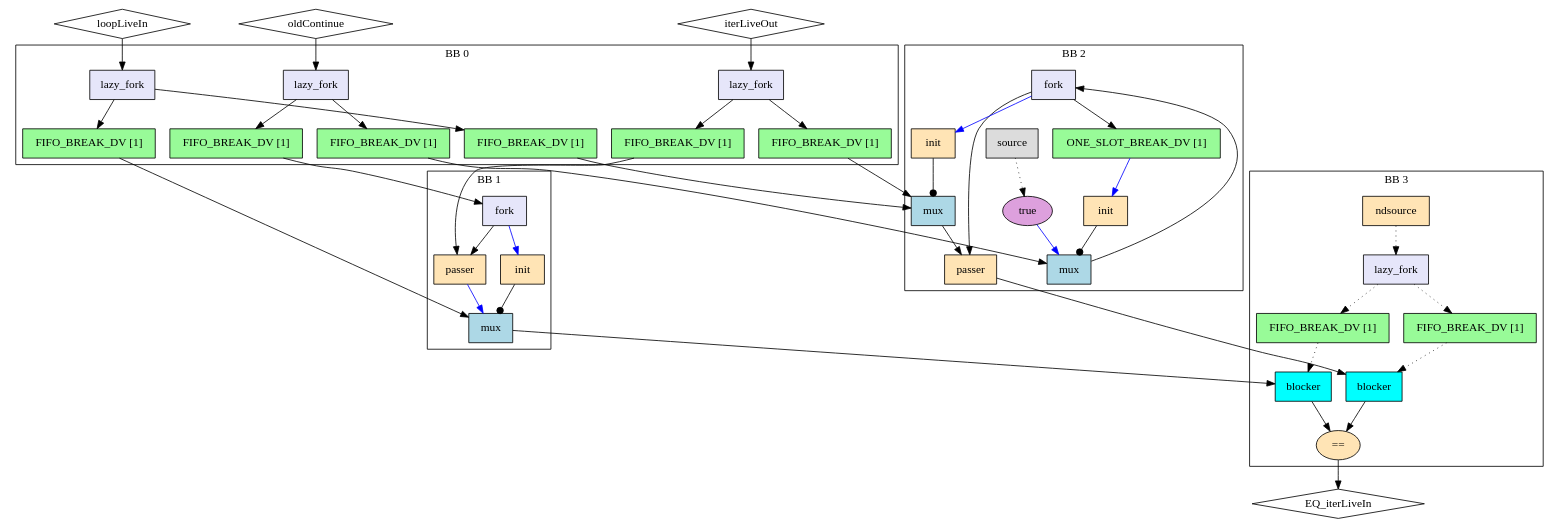
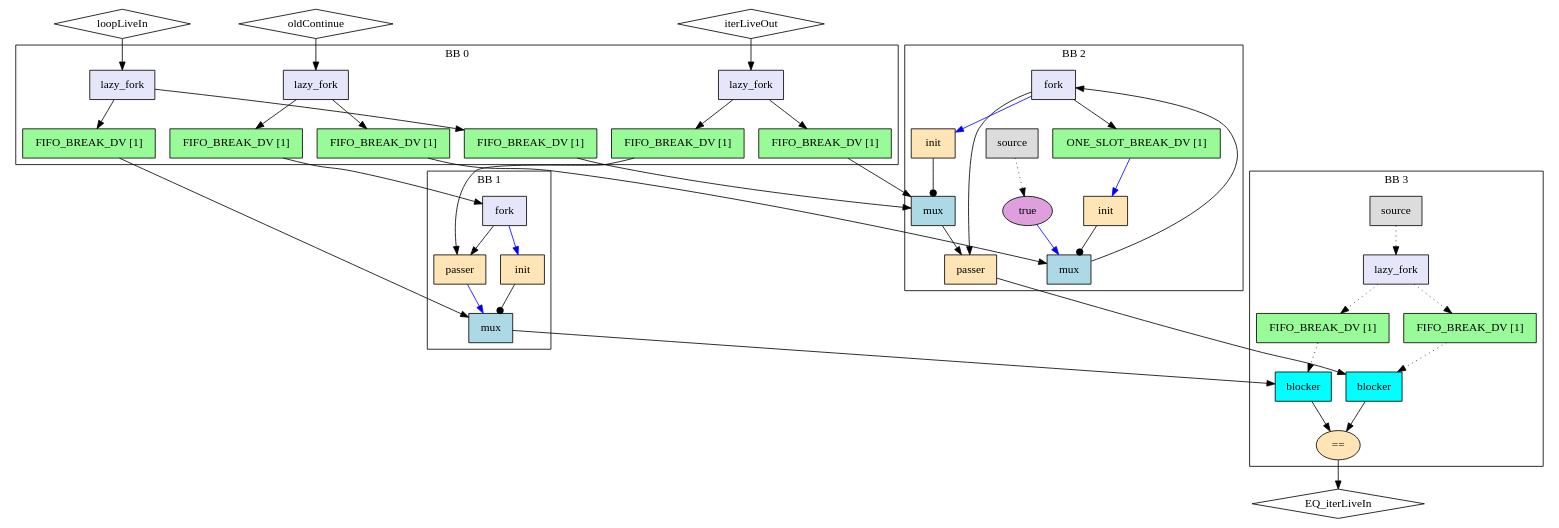
Before and after one commit to EPFL-LAP/dynamatic: the diagram in experimental/tools/elastic-miter/out/sup_mux/miter/model.dot, drawn with Graphviz. The commit also changed 415 other files, not shown here.

```diff
--- a/experimental/tools/elastic-miter/out/sup_mux/miter/model.dot
+++ b/experimental/tools/elastic-miter/out/sup_mux/miter/model.dot
@@ -1,88 +1,88 @@
 Digraph G {
   splines=spline
   compound=true
   "loopLiveIn" ["style"="solid", "shape"="diamond", "label"="loopLiveIn", "mlir_op"="handshake.func"]
   "iterLiveOut" ["style"="solid", "shape"="diamond", "label"="iterLiveOut", "mlir_op"="handshake.func"]
   "oldContinue" ["style"="solid", "shape"="diamond", "label"="oldContinue", "mlir_op"="handshake.func"]
   "EQ_iterLiveIn" ["style"="solid", "shape"="diamond", "label"="EQ_iterLiveIn", "mlir_op"="handshake.func"]
   "loopLiveIn" -> "in_fork_loopLiveIn" ["dir"="both", "style"="solid", "arrowhead"="normal", "from_idx"="0", "to"="ins", "arrowtail"="none", "from"="loopLiveIn", "to_idx"="0"]
   "iterLiveOut" -> "in_fork_iterLiveOut" ["dir"="both", "style"="solid", "arrowhead"="normal", "from_idx"="1", "to"="ins", "arrowtail"="none", "from"="iterLiveOut", "to_idx"="0"]
   "oldContinue" -> "in_fork_oldContinue" ["dir"="both", "style"="solid", "arrowhead"="normal", "from_idx"="2", "to"="ins", "arrowtail"="none", "from"="oldContinue", "to_idx"="0"]
   "lhs_in_buf_loopLiveIn" -> "lhs_data_mux" ["dir"="both", "style"="solid", "arrowhead"="normal", "from_idx"="0", "to"="ins_0", "arrowtail"="none", "from"="outs", "to_idx"="1"]
   "rhs_in_buf_loopLiveIn" -> "rhs_data_mux" ["dir"="both", "style"="solid", "arrowhead"="normal", "from_idx"="0", "to"="ins_0", "arrowtail"="none", "from"="outs", "to_idx"="1"]
   "lhs_in_buf_iterLiveOut" -> "lhs_passer" ["dir"="both", "style"="solid", "arrowhead"="normal", "from_idx"="0", "to"="data", "arrowtail"="none", "from"="outs", "to_idx"="0"]
   "rhs_in_buf_iterLiveOut" -> "rhs_data_mux" ["dir"="both", "style"="solid", "arrowhead"="normal", "from_idx"="0", "to"="ins_1", "arrowtail"="none", "from"="outs", "to_idx"="2"]
   "lhs_in_buf_oldContinue" -> "lhs_fork_continue" ["dir"="both", "style"="solid", "arrowhead"="normal", "from_idx"="0", "to"="ins", "arrowtail"="none", "from"="outs", "to_idx"="0"]
   "rhs_in_buf_oldContinue" -> "rhs_ctrl_mux" ["dir"="both", "style"="solid", "arrowhead"="normal", "from_idx"="0", "to"="ins_1", "arrowtail"="none", "from"="outs", "to_idx"="2"]
   "out_eq_iterLiveIn" -> "EQ_iterLiveIn" ["dir"="both", "style"="solid", "arrowhead"="normal", "from_idx"="0", "to"="EQ_iterLiveIn", "arrowtail"="none", "from"="result", "to_idx"="0"]
   "lhs_data_mux" -> "lhs_out_bl_iterLiveIn" ["dir"="both", "style"="solid", "arrowhead"="normal", "from_idx"="0", "to"="ins", "arrowtail"="none", "from"="outs", "to_idx"="0"]
   "rhs_passer" -> "rhs_out_bl_iterLiveIn" ["dir"="both", "style"="solid", "arrowhead"="normal", "from_idx"="0", "to"="ins", "arrowtail"="none", "from"="result", "to_idx"="0"]
   subgraph cluster0 {
     graph ["label"="BB 0"]
     "in_fork_loopLiveIn" ["style"="filled", "fillcolor"="lavender", "shape"="box", "label"="lazy_fork", "mlir_op"="handshake.lazy_fork"]
     "lhs_in_buf_loopLiveIn" ["style"="filled", "fillcolor"="palegreen", "shape"="box", "label"="FIFO_BREAK_DV [1]", "mlir_op"="handshake.buffer"]
     "rhs_in_buf_loopLiveIn" ["style"="filled", "fillcolor"="palegreen", "shape"="box", "label"="FIFO_BREAK_DV [1]", "mlir_op"="handshake.buffer"]
     "in_fork_iterLiveOut" ["style"="filled", "fillcolor"="lavender", "shape"="box", "label"="lazy_fork", "mlir_op"="handshake.lazy_fork"]
     "lhs_in_buf_iterLiveOut" ["style"="filled", "fillcolor"="palegreen", "shape"="box", "label"="FIFO_BREAK_DV [1]", "mlir_op"="handshake.buffer"]
     "rhs_in_buf_iterLiveOut" ["style"="filled", "fillcolor"="palegreen", "shape"="box", "label"="FIFO_BREAK_DV [1]", "mlir_op"="handshake.buffer"]
     "in_fork_oldContinue" ["style"="filled", "fillcolor"="lavender", "shape"="box", "label"="lazy_fork", "mlir_op"="handshake.lazy_fork"]
     "lhs_in_buf_oldContinue" ["style"="filled", "fillcolor"="palegreen", "shape"="box", "label"="FIFO_BREAK_DV [1]", "mlir_op"="handshake.buffer"]
     "rhs_in_buf_oldContinue" ["style"="filled", "fillcolor"="palegreen", "shape"="box", "label"="FIFO_BREAK_DV [1]", "mlir_op"="handshake.buffer"]
     "in_fork_loopLiveIn" -> "lhs_in_buf_loopLiveIn" ["dir"="both", "style"="solid", "arrowhead"="normal", "from_idx"="0", "to"="ins", "arrowtail"="none", "from"="outs_0", "to_idx"="0"]
     "in_fork_loopLiveIn" -> "rhs_in_buf_loopLiveIn" ["dir"="both", "style"="solid", "arrowhead"="normal", "from_idx"="1", "to"="ins", "arrowtail"="none", "from"="outs_1", "to_idx"="0"]
     "in_fork_iterLiveOut" -> "lhs_in_buf_iterLiveOut" ["dir"="both", "style"="solid", "arrowhead"="normal", "from_idx"="0", "to"="ins", "arrowtail"="none", "from"="outs_0", "to_idx"="0"]
     "in_fork_iterLiveOut" -> "rhs_in_buf_iterLiveOut" ["dir"="both", "style"="solid", "arrowhead"="normal", "from_idx"="1", "to"="ins", "arrowtail"="none", "from"="outs_1", "to_idx"="0"]
     "in_fork_oldContinue" -> "lhs_in_buf_oldContinue" ["dir"="both", "style"="solid", "arrowhead"="normal", "from_idx"="0", "to"="ins", "arrowtail"="none", "from"="outs_0", "to_idx"="0"]
     "in_fork_oldContinue" -> "rhs_in_buf_oldContinue" ["dir"="both", "style"="solid", "arrowhead"="normal", "from_idx"="1", "to"="ins", "arrowtail"="none", "from"="outs_1", "to_idx"="0"]
   }
   subgraph cluster3 {
     graph ["label"="BB 3"]
-    "out_nds_iterLiveIn" ["style"="filled", "fillcolor"="moccasin", "shape"="box", "label"="ndsource", "mlir_op"="handshake.ndsource"]
+    "out_src_iterLiveIn" ["style"="filled", "fillcolor"="gainsboro", "shape"="box", "label"="source", "mlir_op"="handshake.source"]
     "out_lf_iterLiveIn" ["style"="filled", "fillcolor"="lavender", "shape"="box", "label"="lazy_fork", "mlir_op"="handshake.lazy_fork"]
     "out_buf_lhs_nds_iterLiveIn" ["style"="filled", "fillcolor"="palegreen", "shape"="box", "label"="FIFO_BREAK_DV [1]", "mlir_op"="handshake.buffer"]
     "out_buf_rhs_nds_iterLiveIn" ["style"="filled", "fillcolor"="palegreen", "shape"="box", "label"="FIFO_BREAK_DV [1]", "mlir_op"="handshake.buffer"]
     "lhs_out_bl_iterLiveIn" ["style"="filled", "fillcolor"="cyan", "shape"="box", "label"="blocker", "mlir_op"="handshake.blocker"]
     "rhs_out_bl_iterLiveIn" ["style"="filled", "fillcolor"="cyan", "shape"="box", "label"="blocker", "mlir_op"="handshake.blocker"]
     "out_eq_iterLiveIn" ["style"="filled", "fillcolor"="moccasin", "shape"="oval", "label"="==", "mlir_op"="handshake.cmpi=="]
-    "out_nds_iterLiveIn" -> "out_lf_iterLiveIn" ["dir"="both", "style"="dotted", "arrowhead"="normal", "from_idx"="0", "to"="ins", "arrowtail"="none", "from"="result", "to_idx"="0"]
+    "out_src_iterLiveIn" -> "out_lf_iterLiveIn" ["dir"="both", "style"="dotted", "arrowhead"="normal", "from_idx"="0", "to"="ins", "arrowtail"="none", "from"="outs", "to_idx"="0"]
     "out_lf_iterLiveIn" -> "out_buf_lhs_nds_iterLiveIn" ["dir"="both", "style"="dotted", "arrowhead"="normal", "from_idx"="0", "to"="ins", "arrowtail"="none", "from"="outs_0", "to_idx"="0"]
     "out_lf_iterLiveIn" -> "out_buf_rhs_nds_iterLiveIn" ["dir"="both", "style"="dotted", "arrowhead"="normal", "from_idx"="1", "to"="ins", "arrowtail"="none", "from"="outs_1", "to_idx"="0"]
     "out_buf_lhs_nds_iterLiveIn" -> "lhs_out_bl_iterLiveIn" ["dir"="both", "style"="dotted", "arrowhead"="normal", "from_idx"="0", "to"="ctrl", "arrowtail"="none", "from"="outs", "to_idx"="1"]
     "out_buf_rhs_nds_iterLiveIn" -> "rhs_out_bl_iterLiveIn" ["dir"="both", "style"="dotted", "arrowhead"="normal", "from_idx"="0", "to"="ctrl", "arrowtail"="none", "from"="outs", "to_idx"="1"]
     "lhs_out_bl_iterLiveIn" -> "out_eq_iterLiveIn" ["dir"="both", "style"="solid", "arrowhead"="normal", "from_idx"="0", "to"="lhs", "arrowtail"="none", "from"="outs", "to_idx"="0"]
     "rhs_out_bl_iterLiveIn" -> "out_eq_iterLiveIn" ["dir"="both", "style"="solid", "arrowhead"="normal", "from_idx"="0", "to"="rhs", "arrowtail"="none", "from"="outs", "to_idx"="1"]
   }
   subgraph cluster1 {
     graph ["label"="BB 1"]
     "lhs_fork_continue" ["style"="filled", "fillcolor"="lavender", "shape"="box", "label"="fork", "mlir_op"="handshake.fork"]
     "lhs_passer" ["style"="filled", "fillcolor"="moccasin", "shape"="box", "label"="passer", "mlir_op"="handshake.passer"]
     "lhs_oldInit" ["style"="filled", "fillcolor"="moccasin", "shape"="box", "label"="init", "mlir_op"="handshake.init"]
     "lhs_data_mux" ["style"="filled", "fillcolor"="lightblue", "shape"="box", "label"="mux", "mlir_op"="handshake.mux"]
     "lhs_fork_continue" -> "lhs_passer" ["dir"="both", "style"="solid", "arrowhead"="normal", "from_idx"="0", "to"="ctrl", "arrowtail"="none", "from"="outs_0", "to_idx"="1"]
     "lhs_fork_continue" -> "lhs_oldInit" ["dir"="both", "style"="solid", "arrowhead"="normal", "from_idx"="1", "color"="blue", "to"="ins", "arrowtail"="none", "from"="outs_1", "to_idx"="0"]
     "lhs_passer" -> "lhs_data_mux" ["dir"="both", "style"="solid", "arrowhead"="normal", "from_idx"="0", "color"="blue", "to"="ins_1", "arrowtail"="none", "from"="result", "to_idx"="2"]
     "lhs_oldInit" -> "lhs_data_mux" ["dir"="both", "style"="solid", "arrowhead"="dot", "from_idx"="0", "to"="index", "arrowtail"="none", "from"="outs", "to_idx"="0"]
   }
   subgraph cluster2 {
     graph ["label"="BB 2"]
     "rhs_source" ["style"="filled", "fillcolor"="gainsboro", "shape"="box", "label"="source", "mlir_op"="handshake.source"]
     "rhs_constant" ["style"="filled", "fillcolor"="plum", "shape"="oval", "label"="true", "mlir_op"="handshake.constant"]
     "rhs_ctrl_mux" ["style"="filled", "fillcolor"="lightblue", "shape"="box", "label"="mux", "mlir_op"="handshake.mux"]
     "rhs_fork_continue" ["style"="filled", "fillcolor"="lavender", "shape"="box", "label"="fork", "mlir_op"="handshake.fork"]
     "rhs_newInit" ["style"="filled", "fillcolor"="moccasin", "shape"="box", "label"="init", "mlir_op"="handshake.init"]
     "rhs_buff" ["style"="filled", "fillcolor"="palegreen", "shape"="box", "label"="ONE_SLOT_BREAK_DV [1]", "mlir_op"="handshake.buffer"]
     "rhs_newInit2" ["style"="filled", "fillcolor"="moccasin", "shape"="box", "label"="init", "mlir_op"="handshake.init"]
     "rhs_data_mux" ["style"="filled", "fillcolor"="lightblue", "shape"="box", "label"="mux", "mlir_op"="handshake.mux"]
     "rhs_passer" ["style"="filled", "fillcolor"="moccasin", "shape"="box", "label"="passer", "mlir_op"="handshake.passer"]
     "rhs_source" -> "rhs_constant" ["dir"="both", "style"="dotted", "arrowhead"="normal", "from_idx"="0", "to"="ctrl", "arrowtail"="none", "from"="outs", "to_idx"="0"]
     "rhs_constant" -> "rhs_ctrl_mux" ["dir"="both", "style"="solid", "arrowhead"="normal", "from_idx"="0", "color"="blue", "to"="ins_0", "arrowtail"="none", "from"="outs", "to_idx"="1"]
     "rhs_ctrl_mux" -> "rhs_fork_continue" ["dir"="both", "style"="solid", "arrowhead"="normal", "from_idx"="0", "to"="ins", "arrowtail"="none", "from"="outs", "to_idx"="0"]
     "rhs_fork_continue" -> "rhs_newInit" ["dir"="both", "style"="solid", "arrowhead"="normal", "from_idx"="0", "color"="blue", "to"="ins", "arrowtail"="none", "from"="outs_0", "to_idx"="0"]
     "rhs_fork_continue" -> "rhs_buff" ["dir"="both", "style"="solid", "arrowhead"="normal", "from_idx"="1", "to"="ins", "arrowtail"="none", "from"="outs_1", "to_idx"="0"]
     "rhs_fork_continue" -> "rhs_passer" ["dir"="both", "style"="solid", "arrowhead"="normal", "from_idx"="2", "to"="ctrl", "arrowtail"="none", "from"="outs_2", "to_idx"="1"]
     "rhs_newInit" -> "rhs_data_mux" ["dir"="both", "style"="solid", "arrowhead"="dot", "from_idx"="0", "to"="index", "arrowtail"="none", "from"="outs", "to_idx"="0"]
     "rhs_buff" -> "rhs_newInit2" ["dir"="both", "style"="solid", "arrowhead"="normal", "from_idx"="0", "color"="blue", "to"="ins", "arrowtail"="none", "from"="outs", "to_idx"="0"]
     "rhs_newInit2" -> "rhs_ctrl_mux" ["dir"="both", "style"="solid", "arrowhead"="dot", "from_idx"="0", "to"="index", "arrowtail"="none", "from"="outs", "to_idx"="0"]
     "rhs_data_mux" -> "rhs_passer" ["dir"="both", "style"="solid", "arrowhead"="normal", "from_idx"="0", "to"="data", "arrowtail"="none", "from"="outs", "to_idx"="0"]
   }
 }
```
